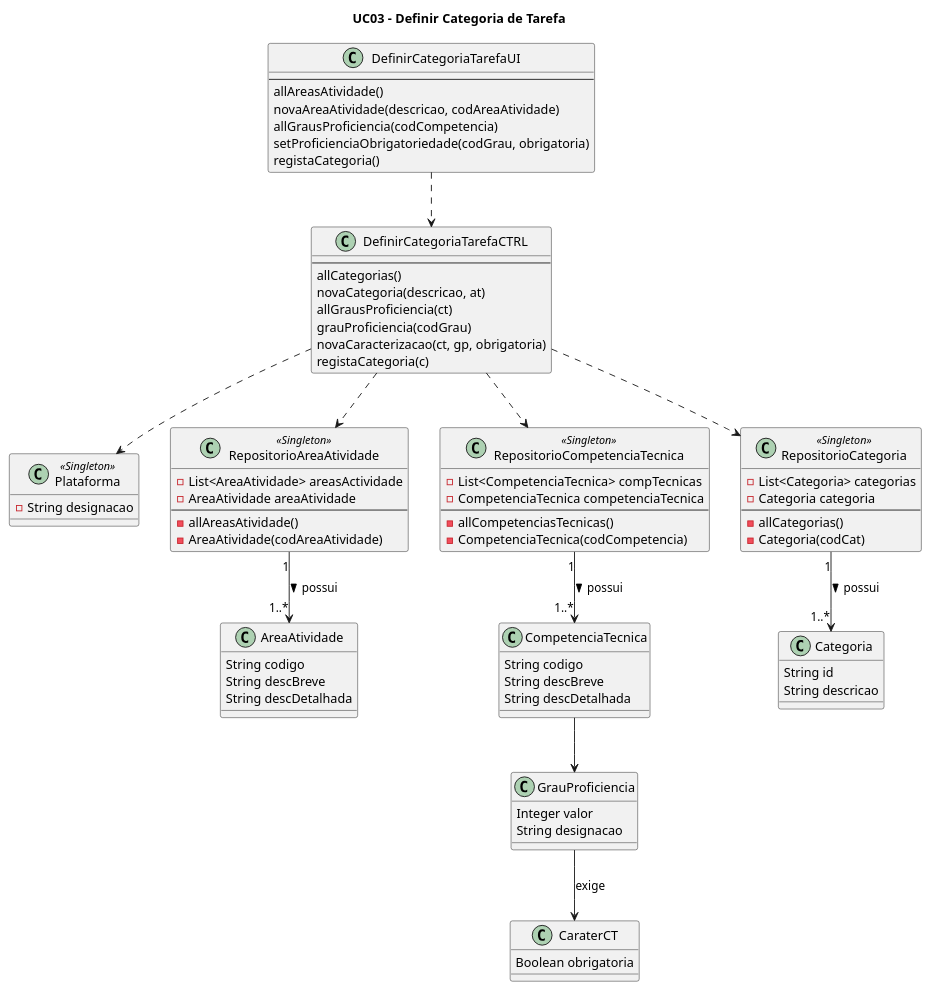
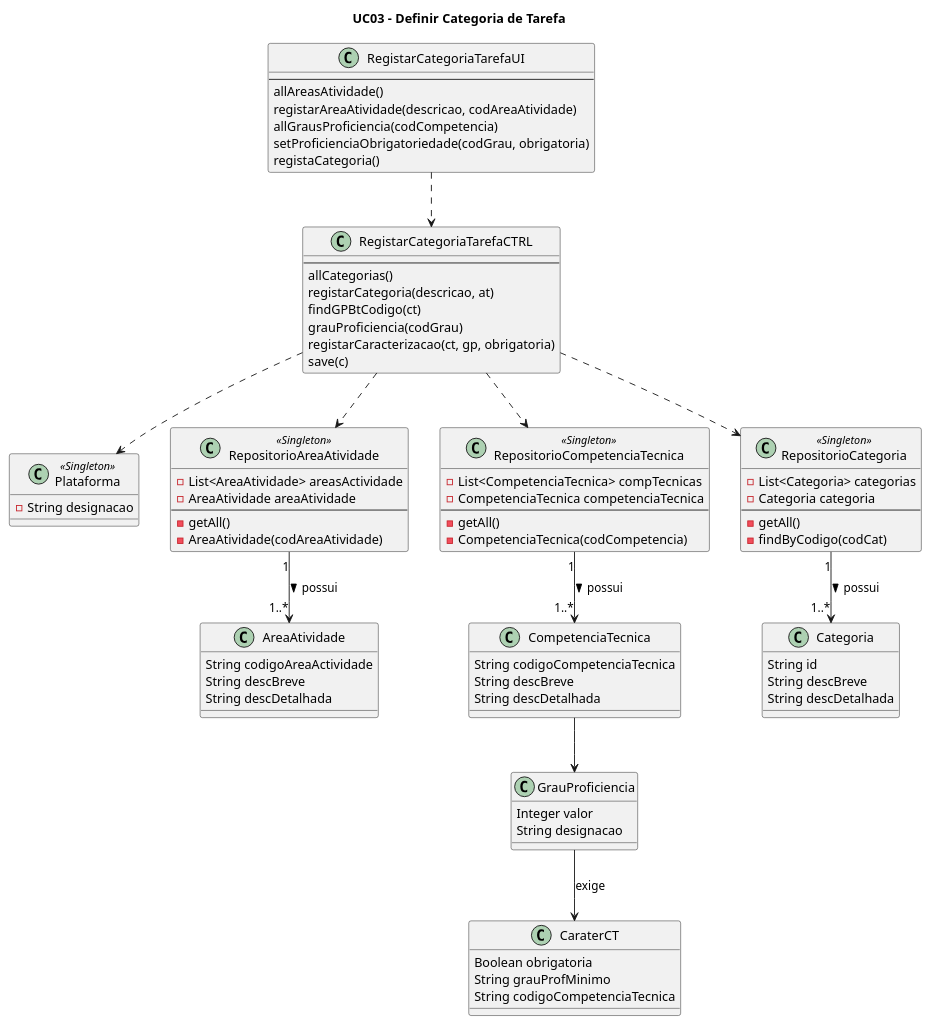
Before and after one commit to blestonbandeiraUPSKILL/upskill_java1_labprg_grupo2: the diagram in Documentação/Sprint 2/UC03_Definir_Categoria_Tarefa/UC03_Definir_Categoria_Tarefa_DiagClas.wsd, drawn with PlantUML. The commit also changed 11 other files, not shown here.

```diff
--- a/Documentação/Sprint 2/UC03_Definir_Categoria_Tarefa/UC03_Definir_Categoria_Tarefa_DiagClas.wsd
+++ b/Documentação/Sprint 2/UC03_Definir_Categoria_Tarefa/UC03_Definir_Categoria_Tarefa_DiagClas.wsd
@@ -1,88 +1,91 @@
 @startuml
 title UC03 - Definir Categoria de Tarefa
 
 class Plataforma <<Singleton>> {
     -String designacao
 }
 
-class DefinirCategoriaTarefaUI{
+class RegistarCategoriaTarefaUI{
     --
     allAreasAtividade()
-    novaAreaAtividade(descricao, codAreaAtividade)
+    registarAreaAtividade(descricao, codAreaAtividade)
     allGrausProficiencia(codCompetencia)
     setProficienciaObrigatoriedade(codGrau, obrigatoria)
     registaCategoria()
 }
 
-class DefinirCategoriaTarefaCTRL{
+class RegistarCategoriaTarefaCTRL{
    --
    allCategorias()
-   novaCategoria(descricao, at)
-   allGrausProficiencia(ct)
+   registarCategoria(descricao, at)
+   findGPBtCodigo(ct)
    grauProficiencia(codGrau)
-   novaCaracterizacao(ct, gp, obrigatoria)
-   registaCategoria(c)
+   registarCaracterizacao(ct, gp, obrigatoria)
+   save(c)
 }
 
 class AreaAtividade{
-    String codigo
+    String codigoAreaActividade
     String descBreve
     String descDetalhada
 }
 
 class CompetenciaTecnica{
-    String codigo
+    String codigoCompetenciaTecnica
     String descBreve
     String descDetalhada
 }
 
 class Categoria{
     String id 
-    String descricao
+    String descBreve
+    String descDetalhada
 }
 
 class GrauProficiencia{
     Integer valor
     String designacao
 }
 
 class CaraterCT{
     Boolean obrigatoria
+    String grauProfMinimo
+    String codigoCompetenciaTecnica
 }
 
 class RepositorioAreaAtividade <<Singleton>>{
     -List<AreaAtividade> areasActividade
     -AreaAtividade areaAtividade
     --
-    -allAreasAtividade()
+    -getAll()
     -AreaAtividade(codAreaAtividade)
 }
 
 class RepositorioCompetenciaTecnica <<Singleton>>{
     -List<CompetenciaTecnica> compTecnicas
     -CompetenciaTecnica competenciaTecnica
     --
-    -allCompetenciasTecnicas()
+    -getAll()
     -CompetenciaTecnica(codCompetencia)
 }
 
 class RepositorioCategoria <<Singleton>>{
     -List<Categoria> categorias
     -Categoria categoria
     --
-    -allCategorias()
-    -Categoria(codCat)    
+    -getAll()
+    -findByCodigo(codCat)    
 }
 
-DefinirCategoriaTarefaUI ..> DefinirCategoriaTarefaCTRL
-DefinirCategoriaTarefaCTRL ..> Plataforma
-DefinirCategoriaTarefaCTRL ..> RepositorioAreaAtividade
-DefinirCategoriaTarefaCTRL ..> RepositorioCategoria
-DefinirCategoriaTarefaCTRL ..> RepositorioCompetenciaTecnica
+RegistarCategoriaTarefaUI ..> RegistarCategoriaTarefaCTRL
+RegistarCategoriaTarefaCTRL ..> Plataforma
+RegistarCategoriaTarefaCTRL ..> RepositorioAreaAtividade
+RegistarCategoriaTarefaCTRL ..> RepositorioCategoria
+RegistarCategoriaTarefaCTRL ..> RepositorioCompetenciaTecnica
 RepositorioAreaAtividade "1" --> "1..*" AreaAtividade: possui >
 RepositorioCategoria "1" --> "1..*"  Categoria: possui >
 RepositorioCompetenciaTecnica "1" --> "1..*" CompetenciaTecnica: possui >
 CompetenciaTecnica --> GrauProficiencia
 GrauProficiencia --> CaraterCT: exige
 
 @enduml
```
